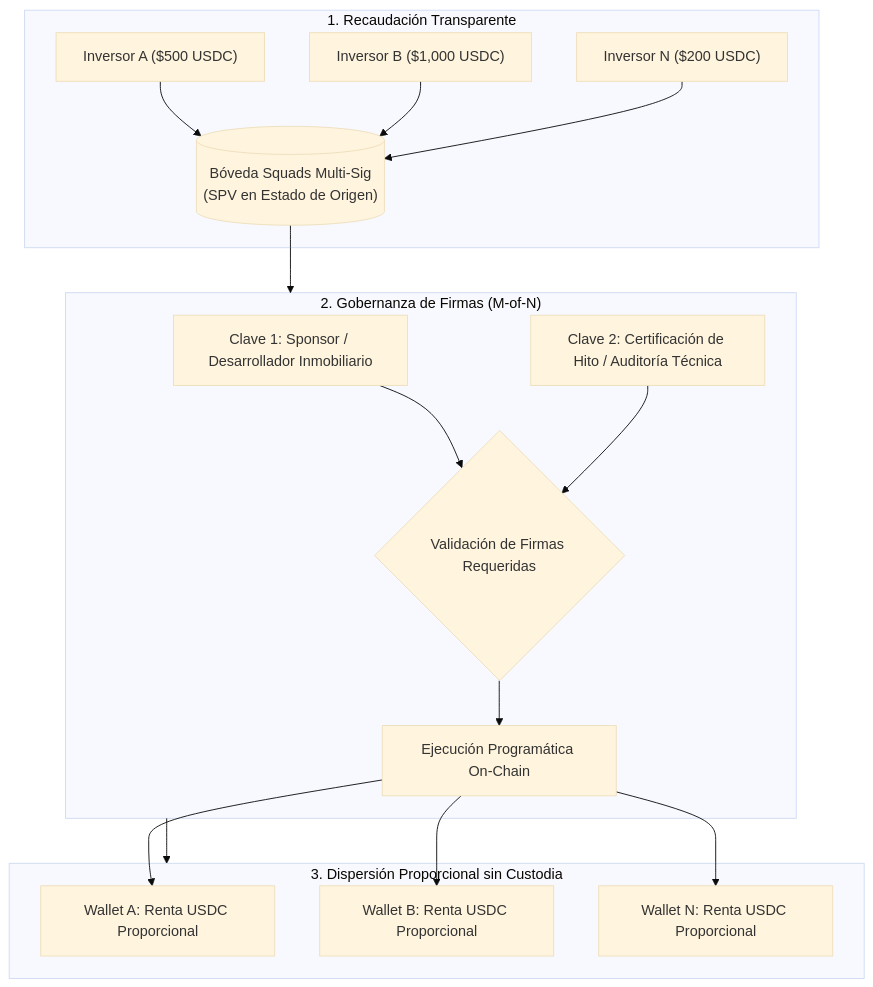
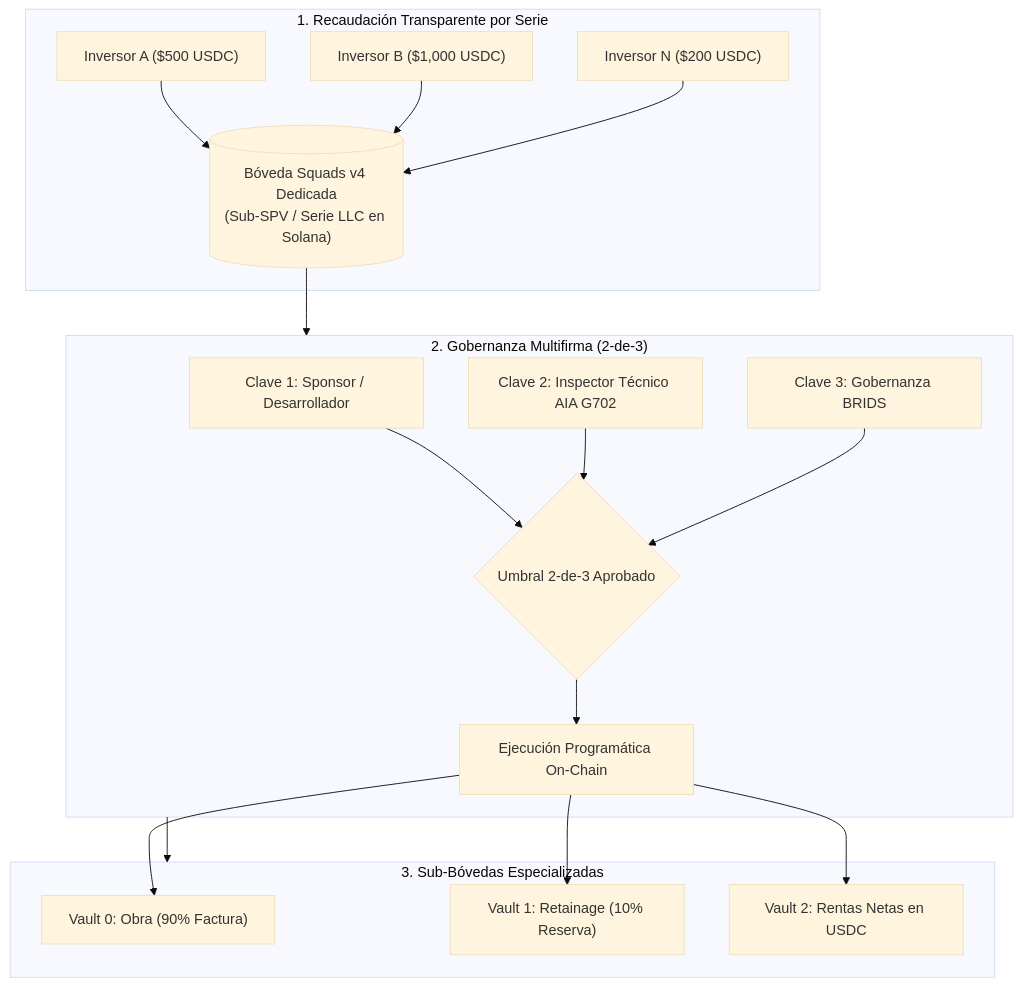
Before and after one commit to jeisonsosablockdev/BRIDS-KNOWLEDGE-FORT: the diagram in BRIDS-Brain/01 Negocio/01 Estrategia & Modelo/Business Concepts/concept-multisig-treasury-governance.md, drawn with Mermaid (base theme). The commit also changed other lines of this file and 39 other files, not shown here.

First line of the commit message:
feat(legal): add RWA Series LLC model, 3-phase regulatory roadmap, and C10 concept

````diff
--- a/BRIDS-Brain/01 Negocio/01 Estrategia & Modelo/Business Concepts/concept-multisig-treasury-governance.md
+++ b/BRIDS-Brain/01 Negocio/01 Estrategia & Modelo/Business Concepts/concept-multisig-treasury-governance.md
@@ -46,24 +52,25 @@
 ```mermaid
 flowchart TD
-    subgraph Recaudacion["1. Recaudación Transparente"]
+    subgraph Recaudacion["1. Recaudación Transparente por Serie"]
         Inv1["Inversor A ($500 USDC)"] --> Boveda
         Inv2["Inversor B ($1,000 USDC)"] --> Boveda
         Inv3["Inversor N ($200 USDC)"] --> Boveda
-        Boveda[("Bóveda Squads Multi-Sig<br/>(SPV en Estado de Origen)")]
+        Boveda[("Bóveda Squads v4 Dedicada<br/>(Sub-SPV / Serie LLC en Solana)")]
     end
 
-    subgraph Gobernanza["2. Gobernanza de Firmas (M-of-N)"]
-        K1["Clave 1: Sponsor / Desarrollador Inmobiliario"] --> Auth{"Validación de Firmas Requeridas"}
-        K2["Clave 2: Certificación de Hito / Auditoría Técnica"] --> Auth
+    subgraph Gobernanza["2. Gobernanza Multifirma (2-de-3)"]
+        K1["Clave 1: Sponsor / Desarrollador"] --> Auth{"Umbral 2-de-3 Aprobado"}
+        K2["Clave 2: Inspector Técnico AIA G702"] --> Auth
+        K3["Clave 3: Gobernanza BRIDS"] --> Auth
         Auth --> Release["Ejecución Programática On-Chain"]
     end
 
-    subgraph Dispersion["3. Dispersión Proporcional sin Custodia"]
-        Release --> Out1["Wallet A: Renta USDC Proporcional"]
-        Release --> Out2["Wallet B: Renta USDC Proporcional"]
-        Release --> Out3["Wallet N: Renta USDC Proporcional"]
+    subgraph Subcuentas["3. Sub-Bóvedas Especializadas"]
+        Release --> V0["Vault 0: Obra (90% Factura)"]
+        Release --> V1["Vault 1: Retainage (10% Reserva)"]
+        Release --> V2["Vault 2: Rentas Netas en USDC"]
     end
 
     Boveda --> Gobernanza
-    Gobernanza --> Dispersion
+    Gobernanza --> Subcuentas
 ```
````
